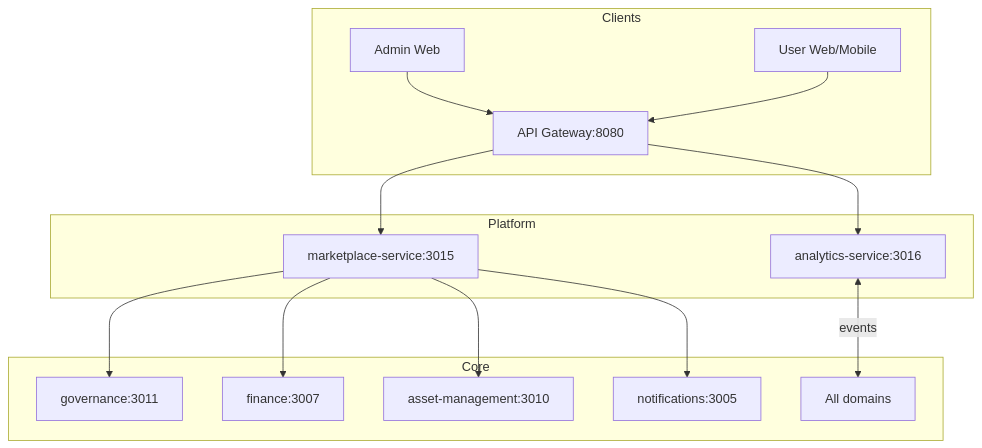
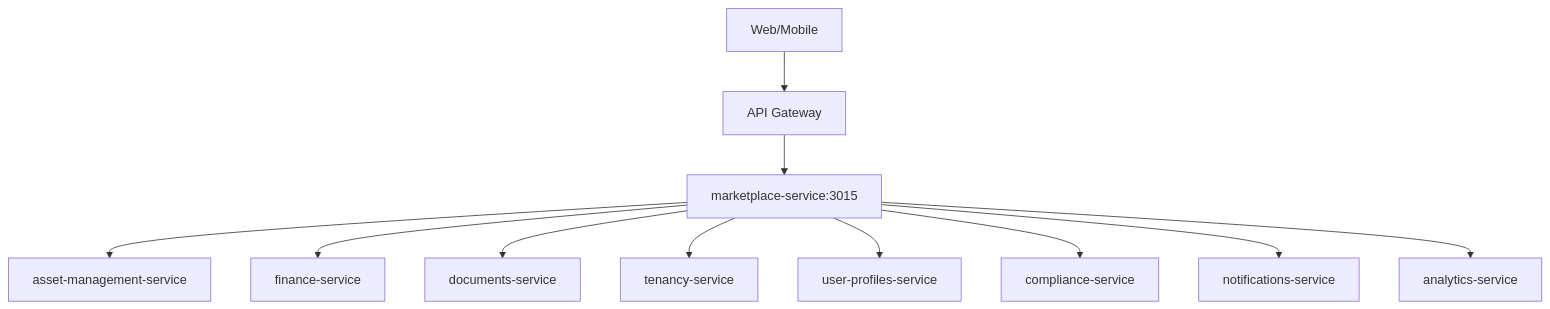
One commit to latamteks-cmyk/SmartEdify_app changed the diagram in smartedify_app/services/business/README.md. Above: the diagram before and after it, drawn with Mermaid. The commit also changed other lines of this file, not shown here.

````diff
--- a/smartedify_app/services/business/README.md
+++ b/smartedify_app/services/business/README.md
@@ -36,18 +29,13 @@
 ```mermaid
 graph TD
-  subgraph Clients
-    A[Admin Web] --> GW
-    U[User Web/Mobile] --> GW
-  end
-  subgraph Platform
-    GW[API Gateway:8080] --> MP[marketplace-service:3015]
-    GW --> AN[analytics-service:3016]
-  end
-  subgraph Core
-    MP --> GOV[governance:3011]
-    MP --> FIN[finance:3007]
-    MP --> AMS[asset-management:3010]
-    MP --> NOTIF[notifications:3005]
-    AN <-- events --> ALL[All domains]
-  end
+  U[Web/Mobile]-->GW[API Gateway]
+  GW-->MP[marketplace-service:3015]
+  MP-->AM[asset-management-service]
+  MP-->FIN[finance-service]
+  MP-->DOC[documents-service]
+  MP-->TEN[tenancy-service]
+  MP-->UP[user-profiles-service]
+  MP-->CMP[compliance-service]
+  MP-->NOTIF[notifications-service]
+  MP-->AN[analytics-service]
 ```
````
